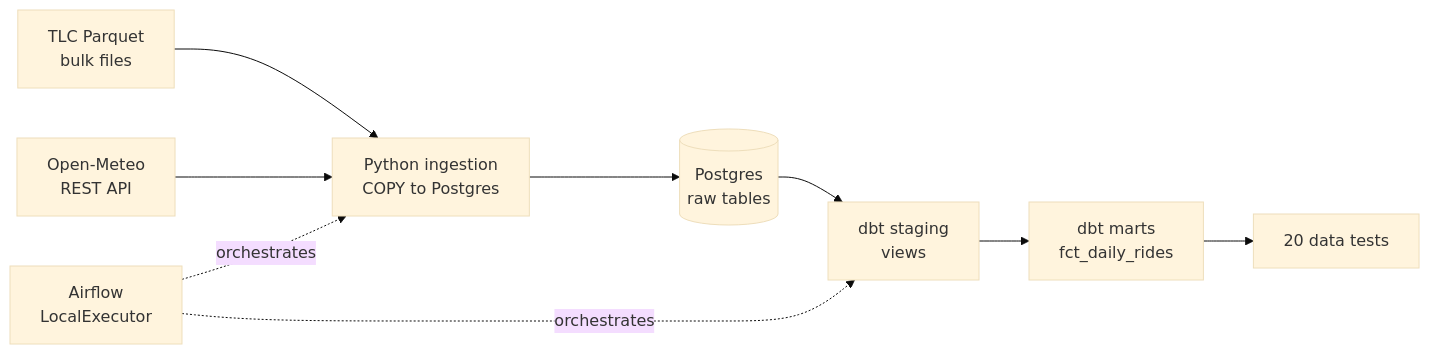
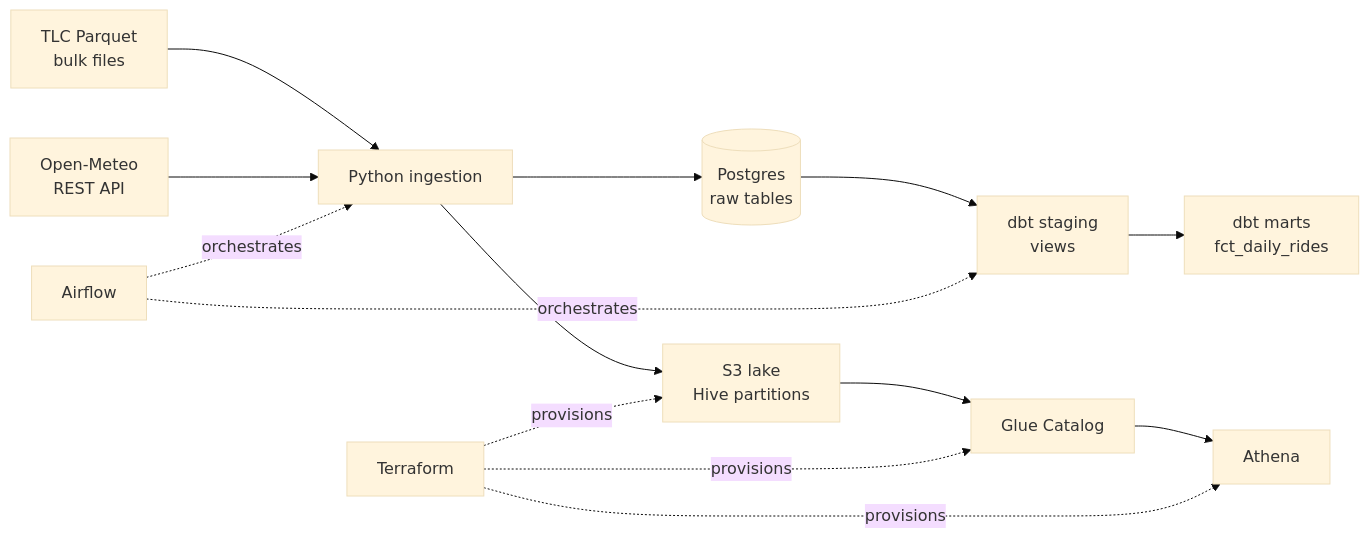
Before and after one commit to Kobbykk/weather-rides-pipeline: the diagram in README.md, drawn with Mermaid (base theme). The commit also changed other lines of this file, not shown here.

````diff
--- a/README.md
+++ b/README.md
@@ -9,11 +16,16 @@
 ```mermaid
 flowchart LR
-    A[TLC Parquet<br/>bulk files] --> C[Python ingestion<br/>COPY to Postgres]
-    B[Open-Meteo<br/>REST API] --> C
-    C --> D[(Postgres<br/>raw tables)]
-    D --> E[dbt staging<br/>views]
-    E --> F[dbt marts<br/>fct_daily_rides]
-    F --> G[20 data tests]
-    H[Airflow<br/>LocalExecutor] -.orchestrates.-> C
-    H -.orchestrates.-> E
+    A["TLC Parquet<br/>bulk files"] --> C["Python ingestion"]
+    B["Open-Meteo<br/>REST API"] --> C
+    C --> D[("Postgres<br/>raw tables")]
+    D --> E["dbt staging<br/>views"]
+    E --> F["dbt marts<br/>fct_daily_rides"]
+    C --> G["S3 lake<br/>Hive partitions"]
+    G --> H["Glue Catalog"]
+    H --> I["Athena"]
+    J["Airflow"] -.orchestrates.-> C
+    J -.orchestrates.-> E
+    K["Terraform"] -.provisions.-> G
+    K -.provisions.-> H
+    K -.provisions.-> I
 ```
````
